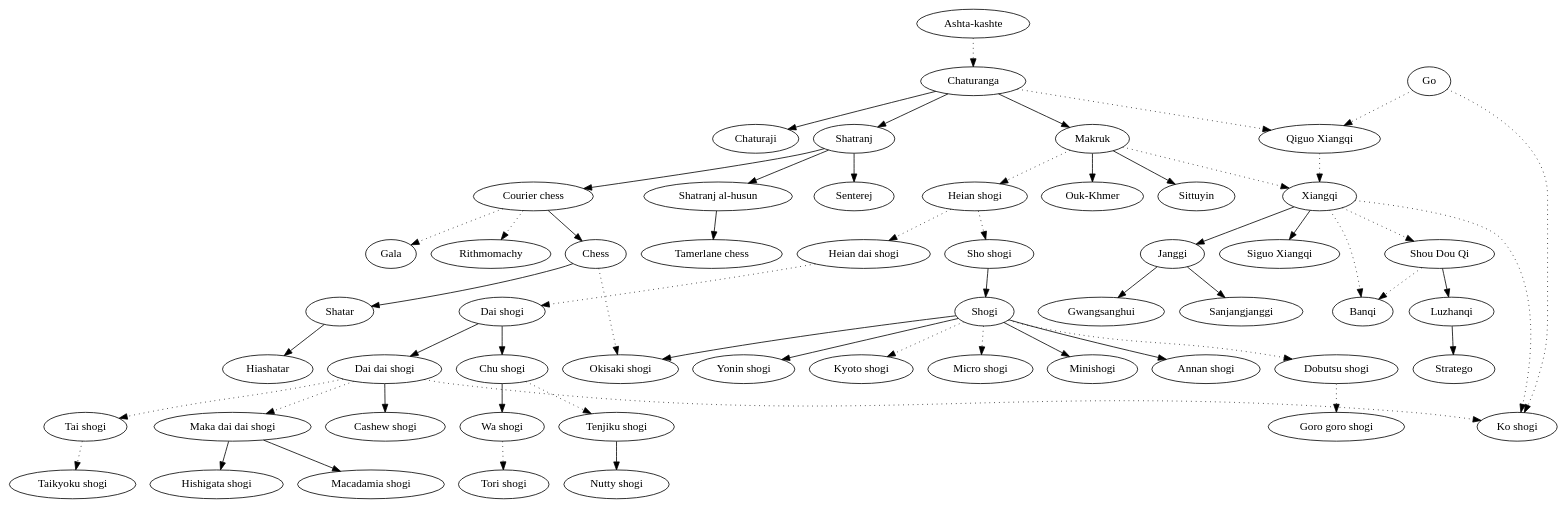
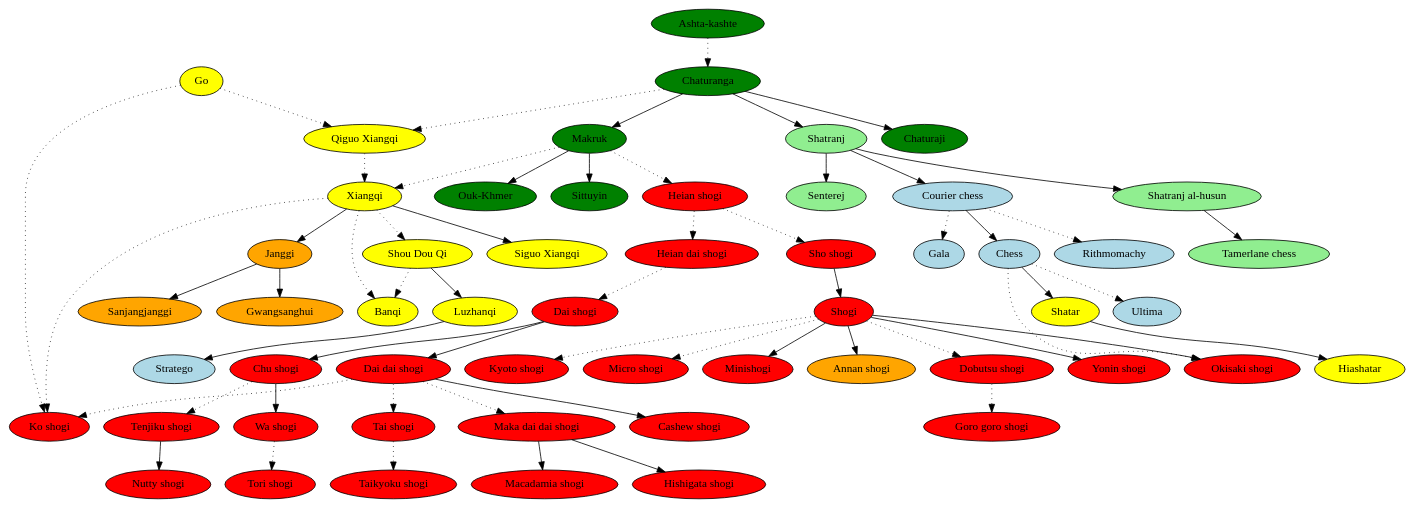
One commit to GlukKazan/DagazLibrary changed the diagram in doc/chess.gv. Above: the diagram before and after it, drawn with Graphviz. The commit also changed 3 other files, not shown here.

```diff
--- a/doc/chess.gv
+++ b/doc/chess.gv
@@ -1,59 +1,120 @@
 digraph graphname {
+    "Ashta-kashte"[style="filled",fillcolor="green"];
+    "Chaturanga"[style="filled",fillcolor="green"];
+    "Chaturanga"[style="filled",fillcolor="green"];
+    "Makruk"[style="filled",fillcolor="green"];
+    "Ouk-Khmer"[style="filled",fillcolor="green"];
+    "Sittuyin"[style="filled",fillcolor="green"]
+    "Chaturaji"[style="filled",fillcolor="green"]
+
+    "Shatranj"[style="filled",fillcolor="lightgreen"];
+    "Shatranj al-husun"[style="filled",fillcolor="lightgreen"];
+    "Tamerlane chess"[style="filled",fillcolor="lightgreen"];
+    "Senterej"[style="filled",fillcolor="lightgreen"];
+
+    "Go"[style="filled",fillcolor="yellow"];
+    "Qiguo Xiangqi"[style="filled",fillcolor="yellow"];
+    "Xiangqi"[style="filled",fillcolor="yellow"];
+    "Siguo Xiangqi"[style="filled",fillcolor="yellow"];
+    "Shou Dou Qi"[style="filled",fillcolor="yellow"];
+    "Luzhanqi"[style="filled",fillcolor="yellow"];
+    "Banqi"[style="filled",fillcolor="yellow"];
+    "Janggi"[style="filled",fillcolor="orange"];
+    "Gwangsanghui"[style="filled",fillcolor="orange"];
+    "Sanjangjanggi"[style="filled",fillcolor="orange"];
+
+    "Heian shogi"[style="filled",fillcolor="red"];
+    "Heian dai shogi"[style="filled",fillcolor="red"];
+    "Sho shogi"[style="filled",fillcolor="red"];
+    "Dai shogi"[style="filled",fillcolor="red"];
+    "Chu shogi"[style="filled",fillcolor="red"];
+    "Wa shogi"[style="filled",fillcolor="red"];
+    "Tori shogi"[style="filled",fillcolor="red"];
+    "Dai dai shogi"[style="filled",fillcolor="red"];
+    "Ko shogi"[style="filled",fillcolor="red"];
+    "Cashew shogi"[style="filled",fillcolor="red"];
+    "Tai shogi"[style="filled",fillcolor="red"];
+    "Taikyoku shogi"[style="filled",fillcolor="red"];
+    "Maka dai dai shogi"[style="filled",fillcolor="red"];
+    "Hishigata shogi"[style="filled",fillcolor="red"];
+    "Macadamia shogi"[style="filled",fillcolor="red"];
+    "Tenjiku shogi"[style="filled",fillcolor="red"];
+    "Nutty shogi"[style="filled",fillcolor="red"];
+    "Shogi"[style="filled",fillcolor="red"];
+    "Yonin shogi"[style="filled",fillcolor="red"];
+    "Kyoto shogi"[style="filled",fillcolor="red"];
+    "Micro shogi"[style="filled",fillcolor="red"];
+    "Minishogi"[style="filled",fillcolor="red"];
+    "Annan shogi"[style="filled",fillcolor="orange"];
+    "Dobutsu shogi"[style="filled",fillcolor="red"];
+    "Goro goro shogi"[style="filled",fillcolor="red"];
+    "Okisaki shogi"[style="filled",fillcolor="red"];
+
+    "Stratego"[style="filled",fillcolor="lightblue"];
+    "Courier chess"[style="filled",fillcolor="lightblue"];
+    "Rithmomachy"[style="filled",fillcolor="lightblue"];
+    "Gala"[style="filled",fillcolor="lightblue"];
+    "Chess"[style="filled",fillcolor="lightblue"];
+    "Shatar"[style="filled",fillcolor="yellow"];
+    "Hiashatar"[style="filled",fillcolor="yellow"];
+    "Ultima"[style="filled",fillcolor="lightblue"];
+
     "Ashta-kashte" -> "Chaturanga"[style=dotted];
     "Chaturanga" -> "Chaturaji";
     "Chaturanga" -> "Shatranj";
     "Shatranj" -> "Shatranj al-husun";
     "Shatranj al-husun" -> "Tamerlane chess";
     "Shatranj" -> "Senterej";
     "Chaturanga" -> "Makruk";
     "Makruk" -> "Ouk-Khmer";
     "Makruk" -> "Sittuyin";
     "Go" -> "Qiguo Xiangqi"[style=dotted];
     "Chaturanga" -> "Qiguo Xiangqi"[style=dotted];
     "Qiguo Xiangqi" -> "Xiangqi"[style=dotted];
     "Makruk" -> "Xiangqi"[style=dotted];
     "Xiangqi" -> "Siguo Xiangqi";
     "Xiangqi" -> "Shou Dou Qi"[style=dotted];
     "Xiangqi" -> "Banqi"[style=dotted];
     "Shou Dou Qi" -> "Banqi"[style=dotted];
     "Shou Dou Qi" -> "Luzhanqi";
     "Luzhanqi" -> "Stratego";
     "Xiangqi" -> "Janggi";
     "Janggi" -> "Gwangsanghui";
     "Janggi" -> "Sanjangjanggi";
     "Sho shogi" -> "Shogi";
     "Makruk" -> "Heian shogi"[style=dotted];
     "Heian shogi" -> "Heian dai shogi"[style=dotted];
     "Heian shogi" -> "Sho shogi"[style=dotted];
     "Heian dai shogi" -> "Dai shogi"[style=dotted];
     "Dai shogi" -> "Chu shogi";
     "Dai shogi" -> "Dai dai shogi";
     "Chu shogi" -> "Tenjiku shogi"[style=dotted];
     "Dai dai shogi" -> "Maka dai dai shogi"[style=dotted];
     "Maka dai dai shogi" -> "Hishigata shogi";
     "Tenjiku shogi" -> "Nutty shogi";
     "Dai dai shogi" -> "Cashew shogi";
     "Maka dai dai shogi" -> "Macadamia shogi";
     "Dai dai shogi" -> "Tai shogi"[style=dotted];
     "Tai shogi" -> "Taikyoku shogi"[style=dotted];
     "Chu shogi" -> "Wa shogi";
     "Wa shogi" -> "Tori shogi"[style=dotted];
     "Shogi" -> "Dobutsu shogi"[style=dotted];
     "Dobutsu shogi" -> "Goro goro shogi"[style=dotted];
     "Shogi" -> "Yonin shogi";
     "Dai dai shogi" -> "Ko shogi"[style=dotted];
     "Xiangqi" -> "Ko shogi"[style=dotted];
     "Go" -> "Ko shogi"[style=dotted];
     "Shogi" -> "Kyoto shogi"[style=dotted];
     "Shogi" -> "Micro shogi"[style=dotted];
     "Shogi" -> "Minishogi";
     "Shogi" -> "Annan shogi";
     "Shogi" -> "Okisaki shogi";
     "Chess" -> "Okisaki shogi"[style=dotted];
     "Shatranj" -> "Courier chess";
     "Courier chess" -> "Gala"[style=dotted];
     "Courier chess" -> "Chess";
     "Courier chess" -> "Rithmomachy"[style=dotted];
     "Chess" -> "Shatar";
     "Shatar" -> "Hiashatar";
+    "Chess" -> "Ultima"[style=dotted];
 }
```
